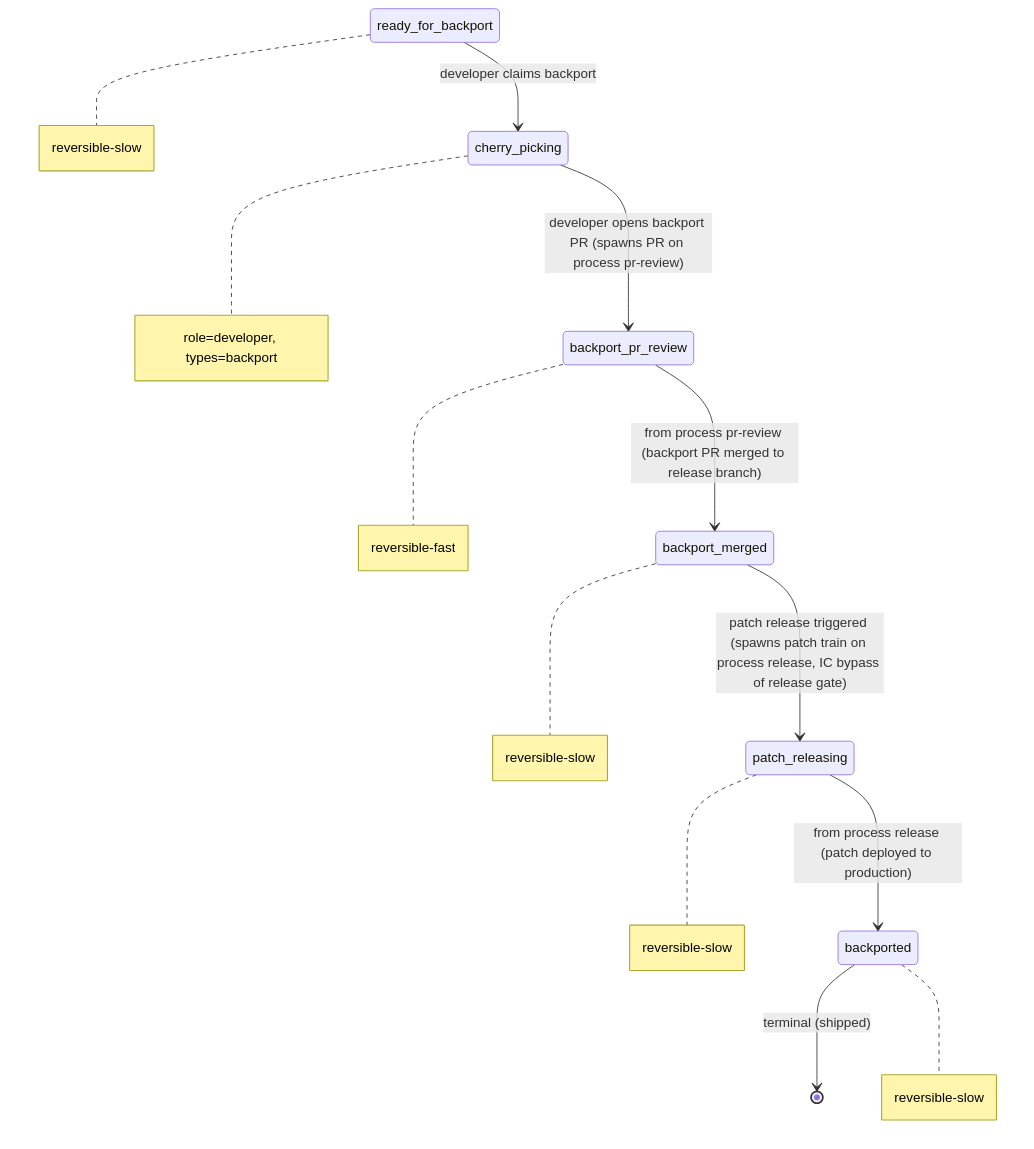
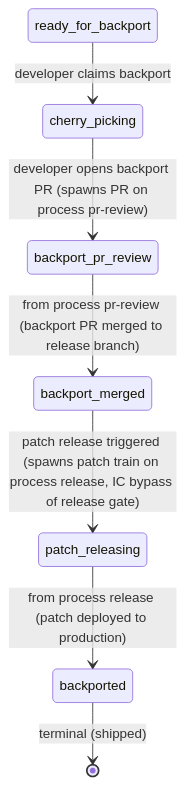
Before and after one commit to blemees/blemees-workflow: the diagram in examples/workflows/backport.md, drawn with Mermaid. The commit also changed 51 other files, not shown here.

````diff
--- a/examples/workflows/backport.md
+++ b/examples/workflows/backport.md
@@ -11,16 +13,10 @@
 ```mermaid
 stateDiagram-v2
+    direction TB
     ready_for_backport --> cherry_picking: developer claims backport
     cherry_picking --> backport_pr_review: developer opens backport PR (spawns PR on process pr-review)
     backport_pr_review --> backport_merged: from process pr-review (backport PR merged to release branch)
     backport_merged --> patch_releasing: patch release triggered (spawns patch train on process release, IC bypass of release gate)
     patch_releasing --> backported: from process release (patch deployed to production)
     backported --> [*]: terminal (shipped)
-
-    note right of ready_for_backport: reversible-slow
-    note right of cherry_picking: role=developer, types=backport
-    note right of backport_pr_review: reversible-fast
-    note right of backport_merged: reversible-slow
-    note right of patch_releasing: reversible-slow
-    note right of backported: reversible-slow
 ```
````
